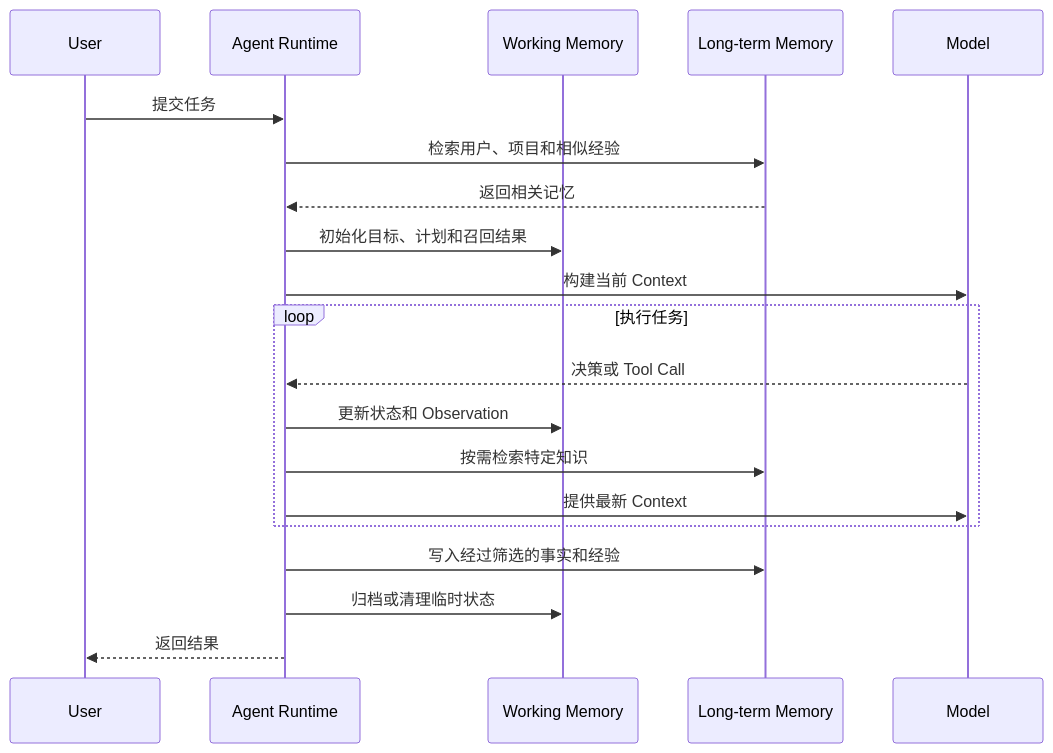
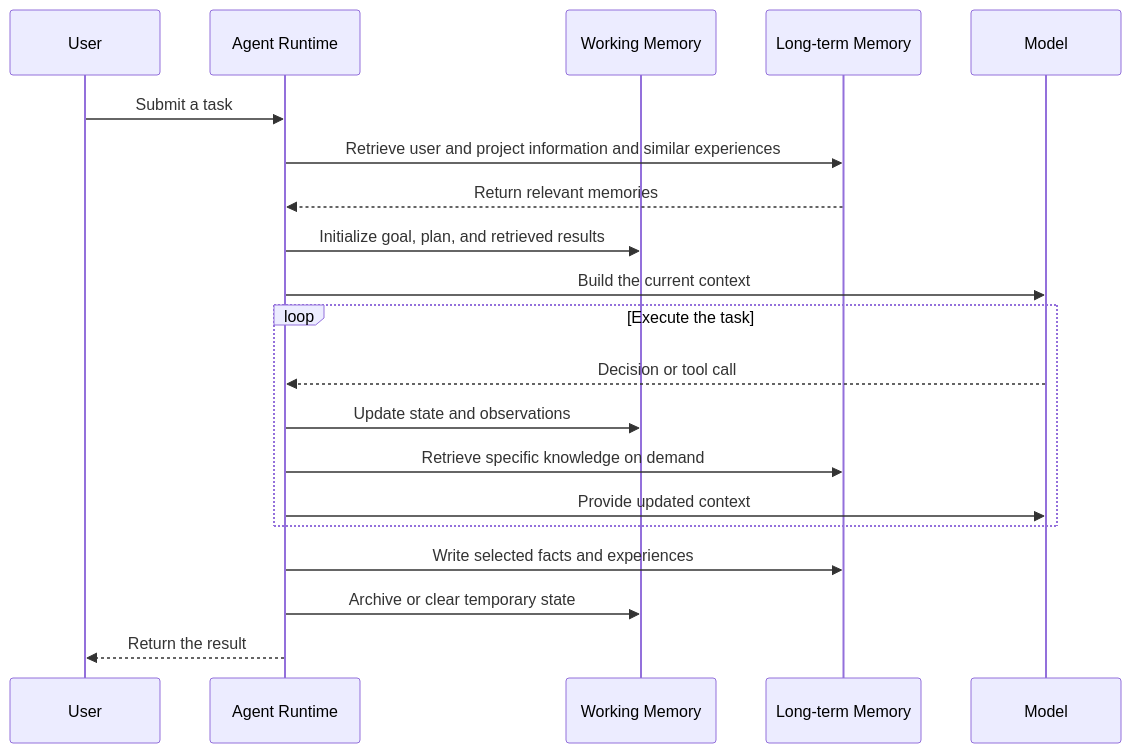
The second of 15 diagrams in docs/agent/03-memory-context/08-agent-memory-implementation.md (oneleaveknowsthefall/awesome-ai-roadmap), drawn with Mermaid before and after one commit. The commit also changed other lines of this file and 68 other files, not shown here.

````diff
--- a/docs/agent/03-memory-context/08-agent-memory-implementation.md
+++ b/docs/agent/03-memory-context/08-agent-memory-implementation.md
@@ -98,25 +98,25 @@
 ```mermaid
 sequenceDiagram
     participant U as User
     participant A as Agent Runtime
     participant W as Working Memory
     participant L as Long-term Memory
     participant M as Model
 
-    U->>A: 提交任务
-    A->>L: 检索用户、项目和相似经验
-    L-->>A: 返回相关记忆
-    A->>W: 初始化目标、计划和召回结果
-    A->>M: 构建当前 Context
+    U->>A: Submit a task
+    A->>L: Retrieve user and project information and similar experiences
+    L-->>A: Return relevant memories
+    A->>W: Initialize goal, plan, and retrieved results
+    A->>M: Build the current context
 
-    loop 执行任务
-        M-->>A: 决策或 Tool Call
-        A->>W: 更新状态和 Observation
-        A->>L: 按需检索特定知识
-        A->>M: 提供最新 Context
+    loop Execute the task
+        M-->>A: Decision or tool call
+        A->>W: Update state and observations
+        A->>L: Retrieve specific knowledge on demand
+        A->>M: Provide updated context
     end
 
-    A->>L: 写入经过筛选的事实和经验
-    A->>W: 归档或清理临时状态
-    A-->>U: 返回结果
+    A->>L: Write selected facts and experiences
+    A->>W: Archive or clear temporary state
+    A-->>U: Return the result
 ```
````
